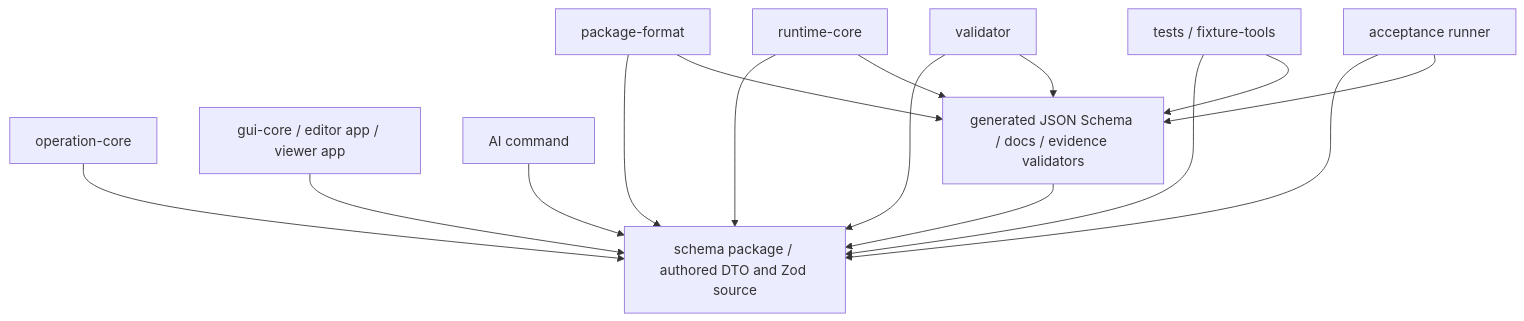
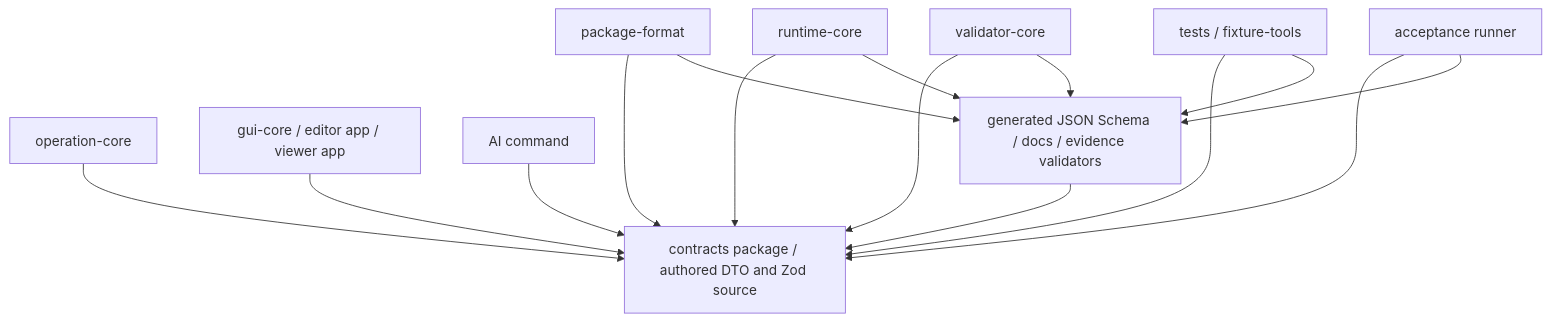
The first of 2 diagrams in discussion/development_convention/schema-and-id-conventions.md (remie-code/2d-rigging-lab), drawn with Mermaid before and after one commit. The commit also changed other lines of this file and 41 other files, not shown here.

````diff
--- a/discussion/development_convention/schema-and-id-conventions.md
+++ b/discussion/development_convention/schema-and-id-conventions.md
@@ -356,29 +356,29 @@
 ```mermaid
 graph TD
-  schema[schema package / authored DTO and Zod source]
+  contracts[contracts package / authored DTO and Zod source]
   packageFormat[package-format]
   operationCore[operation-core]
   runtimeCore[runtime-core]
-  validator[validator]
+  validator[validator-core]
   gui[gui-core / editor app / viewer app]
   aiCommand[AI command]
   tests[tests / fixture-tools]
   acceptance[acceptance runner]
   generated[generated JSON Schema / docs / evidence validators]
 
-  packageFormat --> schema
-  operationCore --> schema
-  runtimeCore --> schema
-  validator --> schema
-  gui --> schema
-  aiCommand --> schema
-  tests --> schema
-  acceptance --> schema
-  generated --> schema
+  packageFormat --> contracts
+  operationCore --> contracts
+  runtimeCore --> contracts
+  validator --> contracts
+  gui --> contracts
+  aiCommand --> contracts
+  tests --> contracts
+  acceptance --> contracts
+  generated --> contracts
 
   packageFormat --> generated
   runtimeCore --> generated
   validator --> generated
   tests --> generated
   acceptance --> generated
 ```
````
